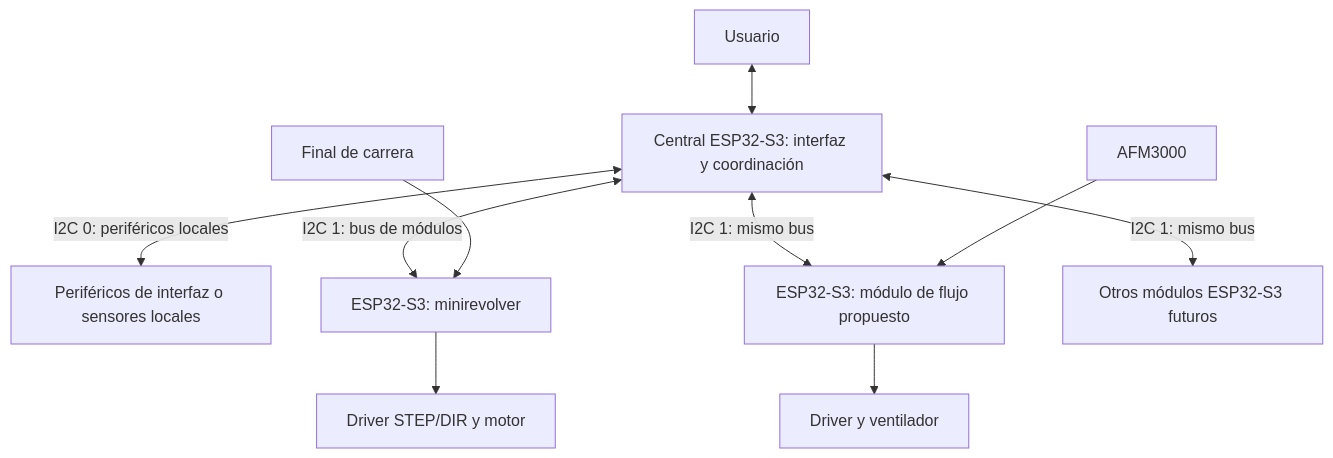
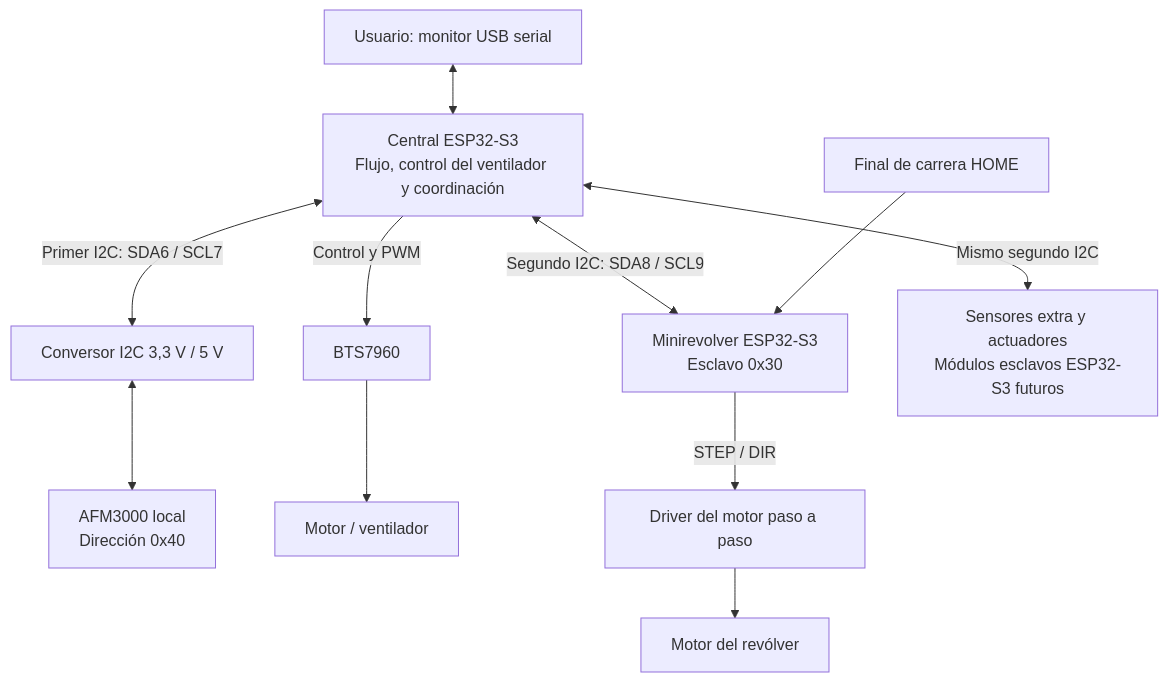
The first of 5 diagrams in README.md (AleReb/modularAirFlow), drawn with Mermaid before and after one commit. The commit also changed other lines of this file and 7 other files, not shown here.

First line of the commit message:
Refactor I2C pin assignments and update documentation for central and minirevolver modules

````diff
--- a/README.md
+++ b/README.md
@@ -13,12 +17,13 @@
 ```mermaid
 flowchart TB
-  U[Usuario] <--> C[Central ESP32-S3: interfaz y coordinación]
-  C <-->|I2C 0: periféricos locales| L[Periféricos de interfaz o sensores locales]
-  C <-->|I2C 1: bus de módulos| R[ESP32-S3: minirevolver]
-  C <-->|I2C 1: mismo bus| F[ESP32-S3: módulo de flujo propuesto]
-  C <-->|I2C 1: mismo bus| X[Otros módulos ESP32-S3 futuros]
-  R --> M[Driver STEP/DIR y motor]
-  H[Final de carrera] --> R
-  F --> V[Driver y ventilador]
-  A[AFM3000] --> F
+    U["Usuario: monitor USB serial"] <--> C["Central ESP32-S3\nFlujo, control del ventilador y coordinación"]
+    C <-->|"Primer I2C: SDA6 / SCL7"| N["Conversor I2C 3,3 V / 5 V"]
+    N <--> A["AFM3000 local\nDirección 0x40"]
+    C -->|"Control y PWM"| B["BTS7960"]
+    B --> V["Motor / ventilador"]
+    C <-->|"Segundo I2C: SDA8 / SCL9"| R["Minirevolver ESP32-S3\nEsclavo 0x30"]
+    C <-->|"Mismo segundo I2C"| X["Sensores extra y actuadores\nMódulos esclavos ESP32-S3 futuros"]
+    R -->|"STEP / DIR"| D["Driver del motor paso a paso"]
+    D --> M["Motor del revólver"]
+    H["Final de carrera HOME"] --> R
 ```
````
